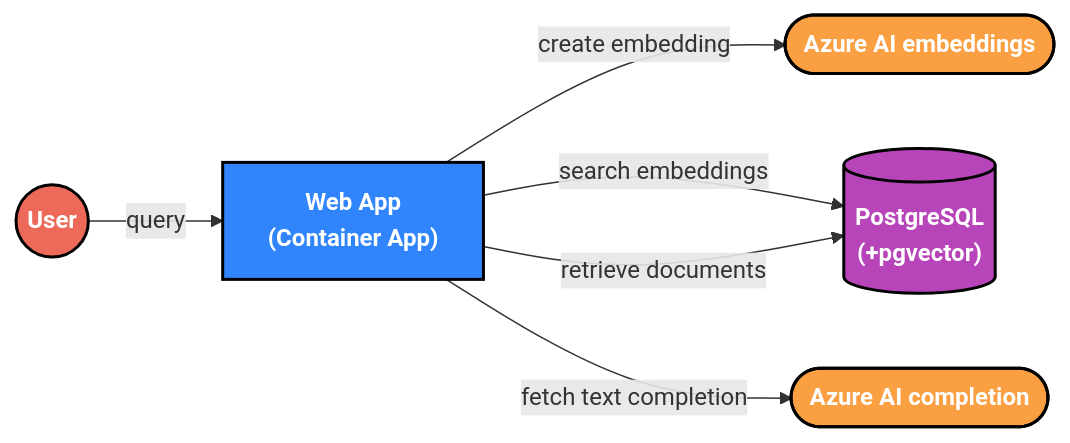
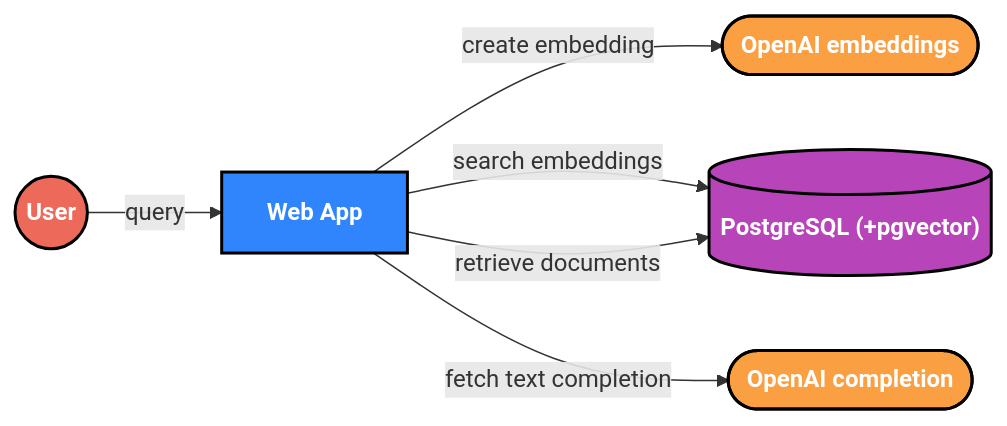
The first of 2 diagrams in README.md (initialcapacity/flask-ai-starter), drawn with Mermaid before and after one commit. The commit also changed other lines of this file and 13 other files, not shown here.

````diff
--- a/README.md
+++ b/README.md
@@ -27,25 +21,25 @@
 ```mermaid
 flowchart LR
-    embeddings([Azure AI embeddings])
+    embeddings([OpenAI embeddings])
     user((User))
-    app["Web App\n(Container App)"]
-    db[("PostgreSQL\n(+pgvector)")]
-    llm([Azure AI completion])
+    app["Web App"]
+    db[("PostgreSQL (+pgvector)")]
+    llm([OpenAI completion])
     
     user -- query --> app
     app -- create embedding --> embeddings
     app -- search embeddings --> db
     app -- retrieve documents --> db
     app -- fetch text completion --> llm
 
     classDef node font-weight:bold,color:white,stroke:black,stroke-width:2px;
     classDef app fill:#3185FC;
     classDef db fill:#B744B8;
     classDef external fill:#FA9F42;
     classDef user fill:#ED6A5A;
 
     class app,collector,analyzer app;
     class db db;
     class docs,embeddings,llm external;
     class user user;
 ```
````
